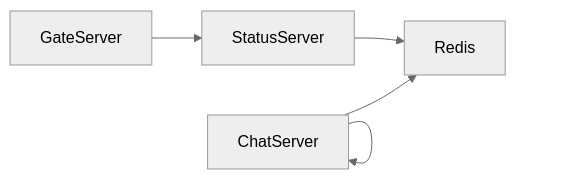
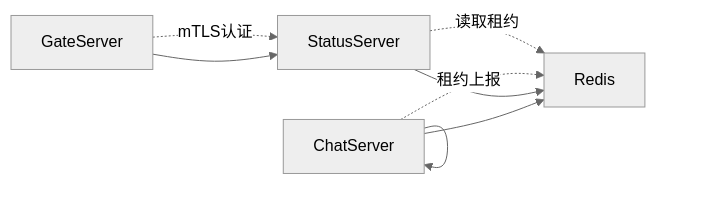
Before and after one commit to echo9923/mychatter: the seventh of 7 diagrams in .qoder/repowiki/zh/content/分布式系统/服务治理/服务注册与发现.md, drawn with Mermaid (neutral theme). The commit also changed other lines of this file and 107 other files, not shown here.

````diff
--- a/.qoder/repowiki/zh/content/分布式系统/服务治理/服务注册与发现.md
+++ b/.qoder/repowiki/zh/content/分布式系统/服务治理/服务注册与发现.md
@@ -292,7 +261,10 @@
 ```mermaid
 graph LR
 ChatServer --> Redis
 StatusServer --> Redis
 GateServer --> StatusServer
 ChatServer --> ChatServer
+ChatServer -.->|租约上报| Redis
+StatusServer -.->|读取租约| Redis
+GateServer -.->|mTLS认证| StatusServer
 ```
````
